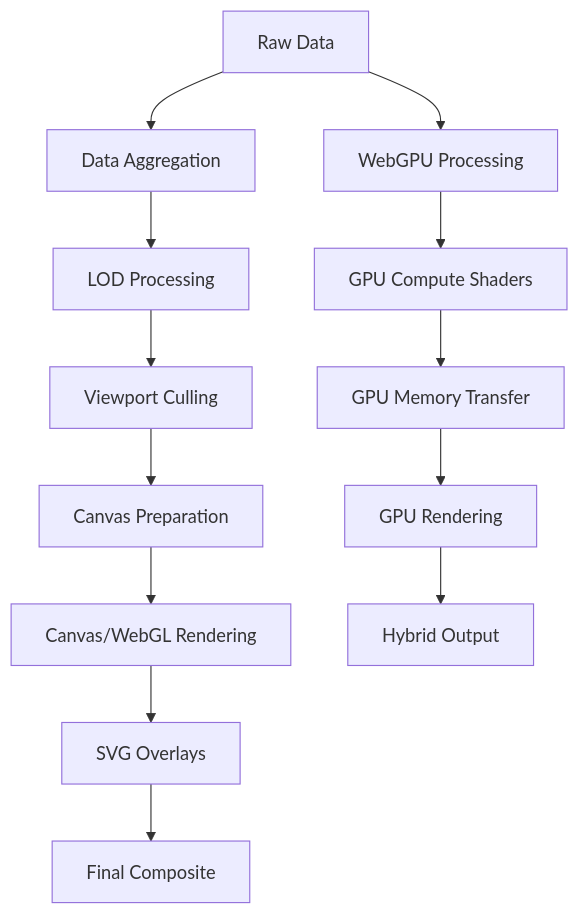
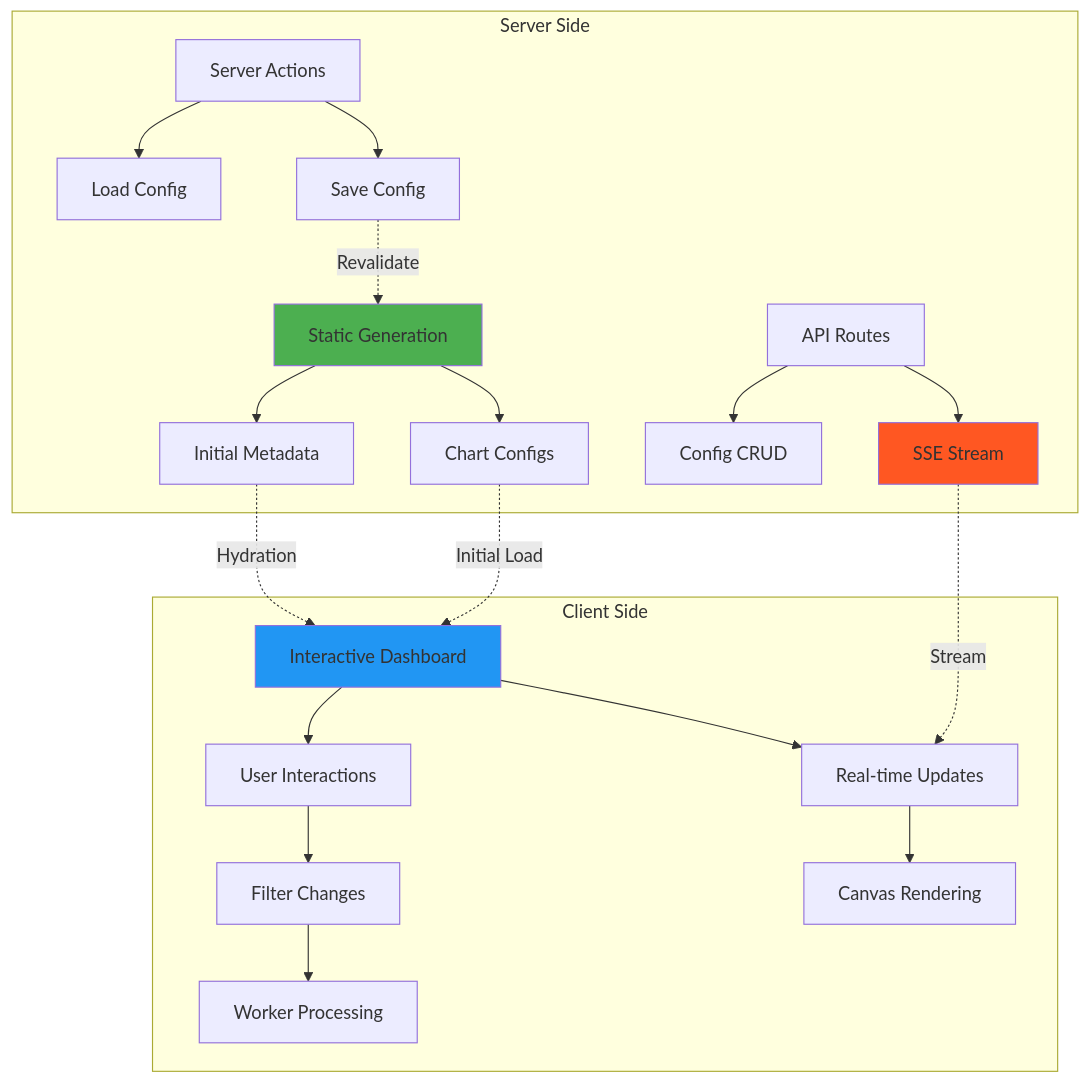
One commit to KrithinThota/Data-Visualization changed the seventh of 10 diagrams in ARCHITECTURE.md. Above: the diagram before and after it, drawn with Mermaid. The commit also changed other lines of this file and 1 other file, not shown here.

````diff
--- a/ARCHITECTURE.md
+++ b/ARCHITECTURE.md
@@ -145,16 +161,28 @@
 ```mermaid
-graph TD
-    A[Raw Data] --> B[Data Aggregation]
-    B --> C[LOD Processing]
-    C --> D[Viewport Culling]
-    D --> E[Canvas Preparation]
-    E --> F[Canvas/WebGL Rendering]
-    F --> G[SVG Overlays]
-    G --> H[Final Composite]
+graph TB
+    subgraph "Server Side"
+        A[Static Generation] --> B[Chart Configs]
+        A --> C[Initial Metadata]
+        D[Server Actions] --> E[Save Config]
+        D --> F[Load Config]
+        G[API Routes] --> H[SSE Stream]
+        G --> I[Config CRUD]
+    end
     
-    A --> I[WebGPU Processing]
-    I --> J[GPU Compute Shaders]
-    J --> K[GPU Memory Transfer]
-    K --> L[GPU Rendering]
-    L --> M[Hybrid Output]
+    subgraph "Client Side"
+        J[Interactive Dashboard] --> K[Real-time Updates]
+        J --> L[User Interactions]
+        K --> M[Canvas Rendering]
+        L --> N[Filter Changes]
+        N --> O[Worker Processing]
+    end
+    
+    B -.->|Initial Load| J
+    C -.->|Hydration| J
+    H -.->|Stream| K
+    E -.->|Revalidate| A
+    
+    style A fill:#4caf50
+    style J fill:#2196f3
+    style H fill:#ff5722
 ```
````
